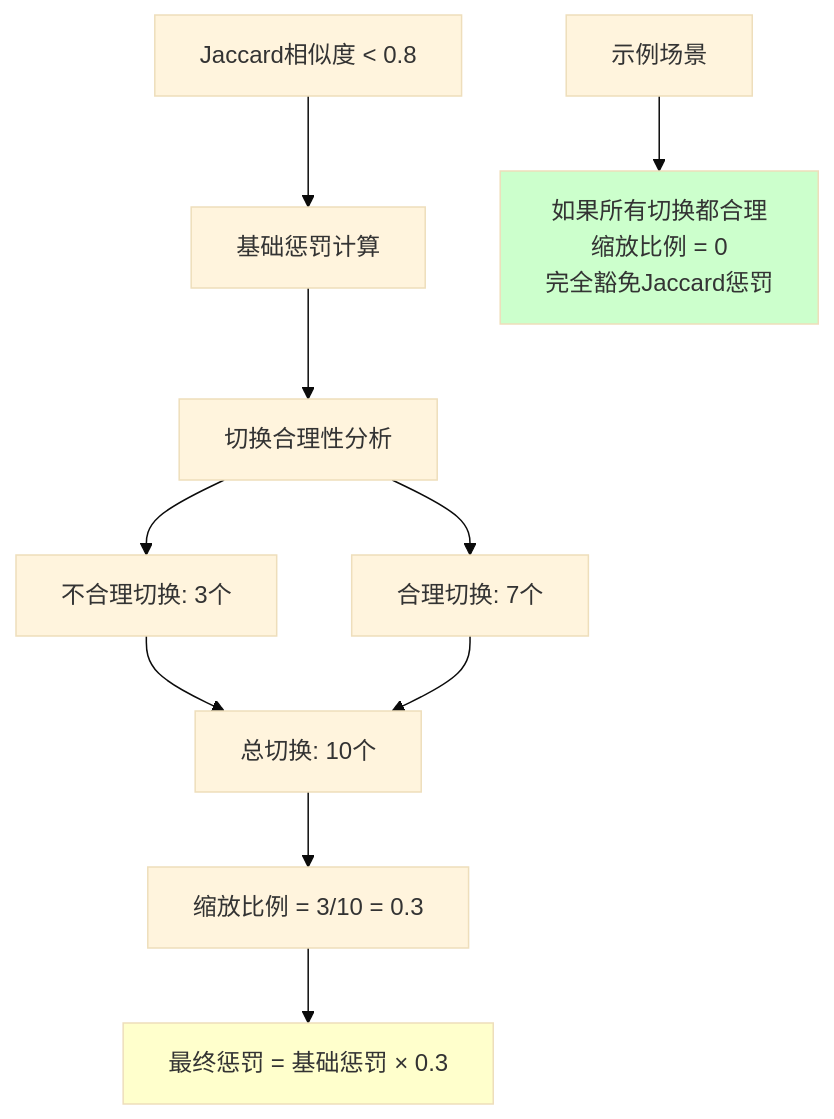
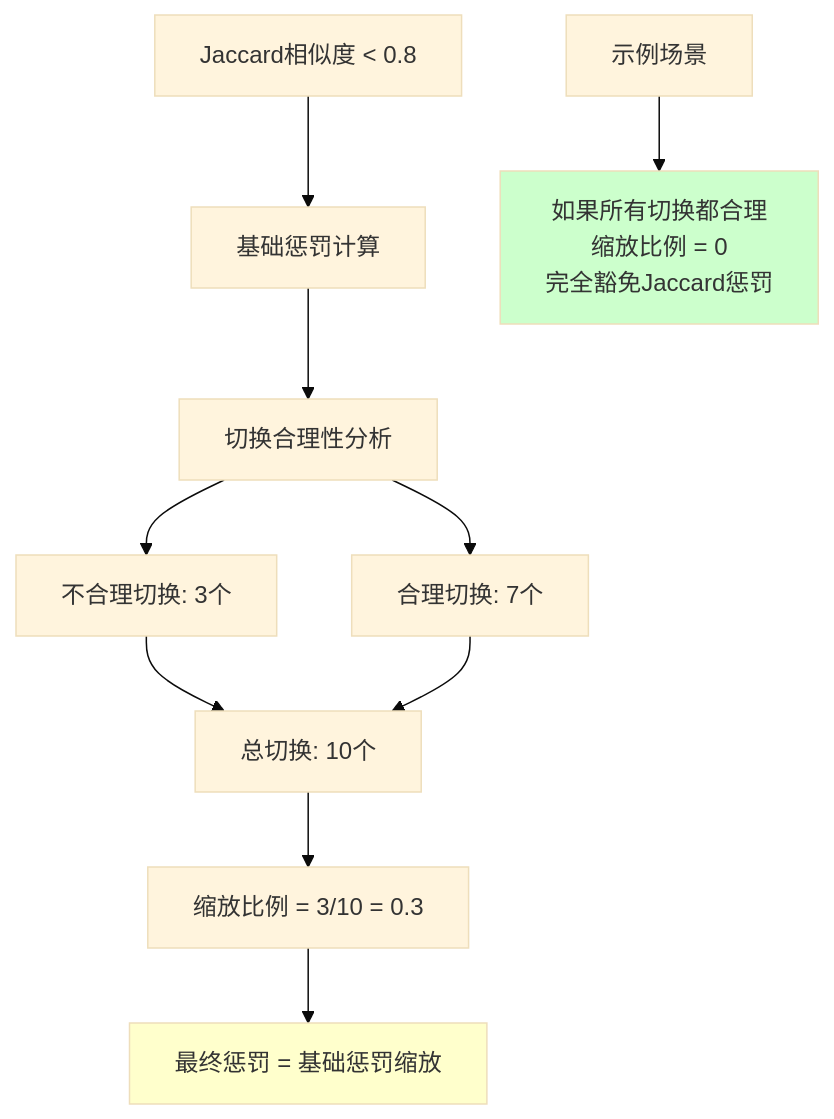
One commit to sneiiler/stk_gen changed diagram 13 of 30 in distill/VALIDATION_REPORT.md. Above: the diagram before and after it, drawn with Mermaid (base theme). The commit also changed other lines of this file, not shown here.

````diff
--- a/distill/VALIDATION_REPORT.md
+++ b/distill/VALIDATION_REPORT.md
@@ -439,19 +553,19 @@
 ```mermaid
 graph TD
     A[Jaccard相似度 < 0.8] --> B[基础惩罚计算]
     B --> C[切换合理性分析]
     
     C --> D[不合理切换: 3个]
     C --> E[合理切换: 7个]
     
     D --> F[总切换: 10个]
     E --> F
     
     F --> G[缩放比例 = 3/10 = 0.3]
-    G --> H[最终惩罚 = 基础惩罚 × 0.3]
+    G --> H[最终惩罚 = 基础惩罚缩放]
     
     I[示例场景] --> J[如果所有切换都合理<br/>缩放比例 = 0<br/>完全豁免Jaccard惩罚]
     
     style H fill:#ffffcc
     style J fill:#ccffcc
 ```
````
